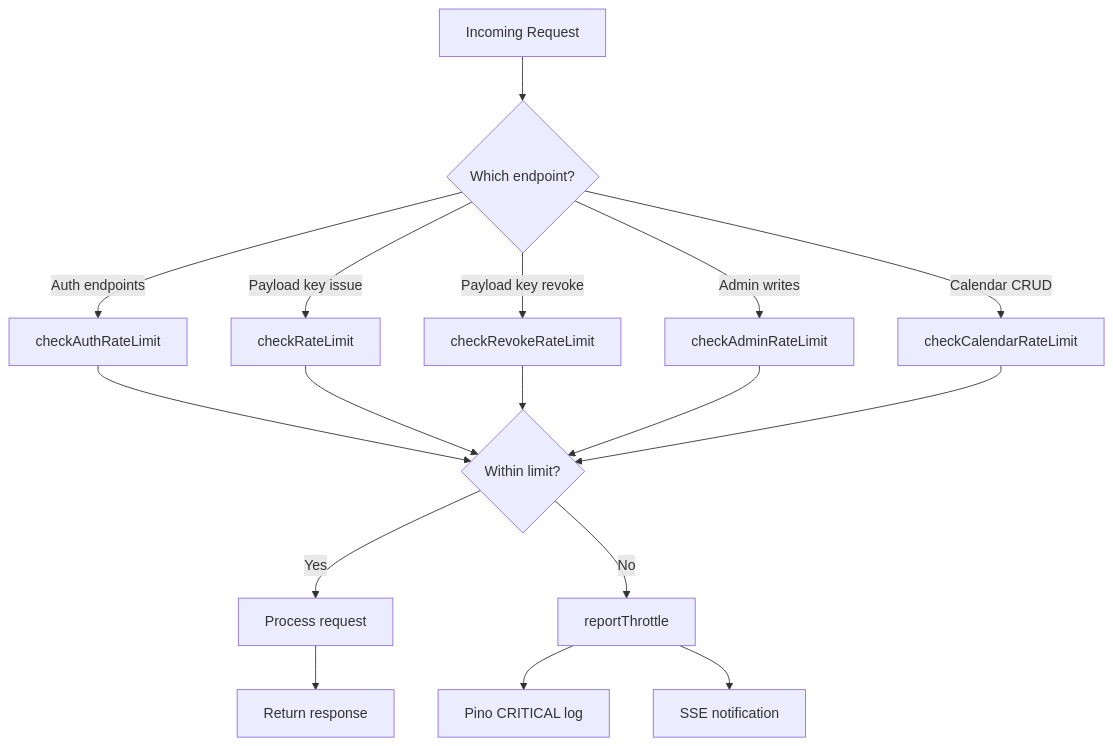
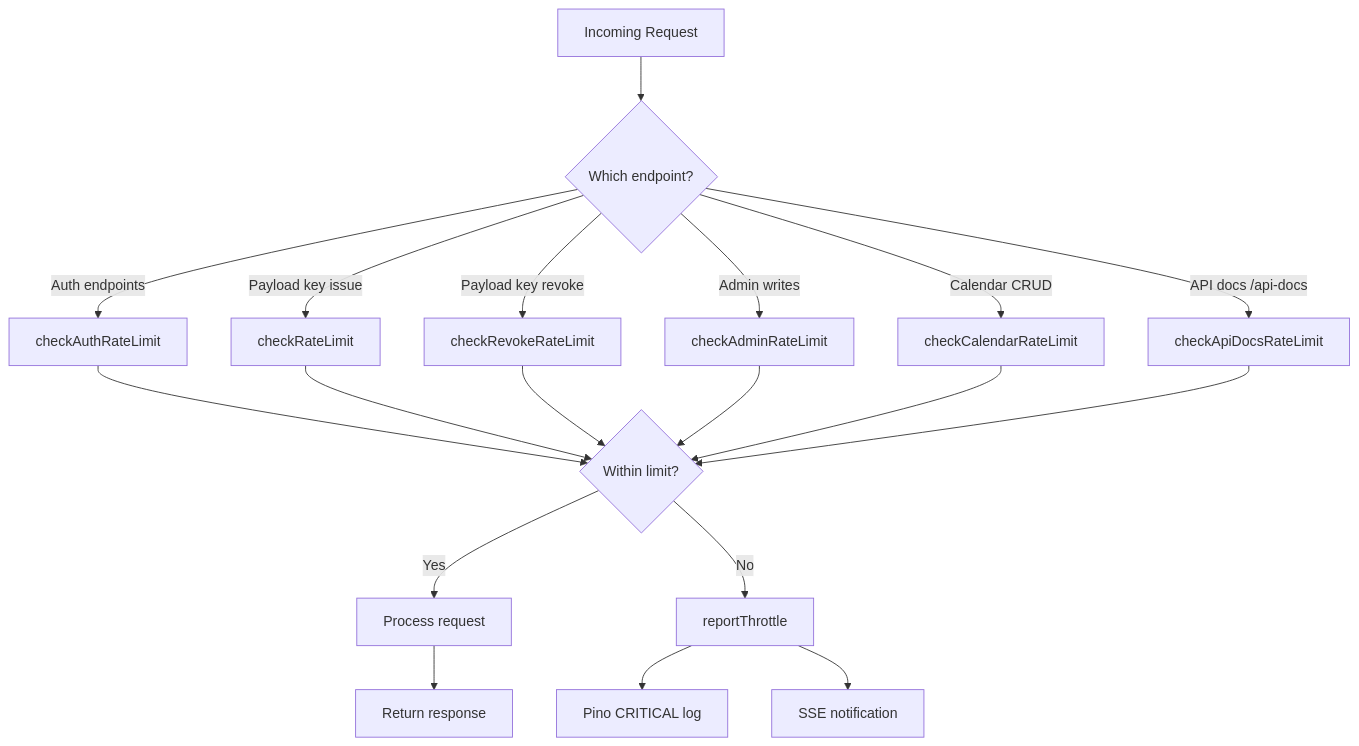
One commit to johnlynas/nipp changed the first of 6 diagrams in documents/feature-planning-and-development/rate-limiting-overview.md. Above: the diagram before and after it, drawn with Mermaid. The commit also changed other lines of this file and 12 other files, not shown here.

First line of the commit message:
Restrict /api-docs to super admins with per-session rate limiting (#42)

````diff
--- a/documents/feature-planning-and-development/rate-limiting-overview.md
+++ b/documents/feature-planning-and-development/rate-limiting-overview.md
@@ -56,24 +56,26 @@
 ```mermaid
 flowchart TD
     A[Incoming Request] --> B{Which endpoint?}
     
     B -->|Auth endpoints| C[checkAuthRateLimit]
     B -->|Payload key issue| D[checkRateLimit]
     B -->|Payload key revoke| E[checkRevokeRateLimit]
     B -->|Admin writes| F[checkAdminRateLimit]
     B -->|Calendar CRUD| G[checkCalendarRateLimit]
+    B -->|API docs /api-docs| O[checkApiDocsRateLimit]
     
     C --> H{Within limit?}
     D --> H
     E --> H
     F --> H
     G --> H
+    O --> H
     
     H -->|Yes| I[Process request]
     H -->|No| J[reportThrottle]
     
     J --> K[Pino CRITICAL log]
     J --> L[SSE notification]
     
     I --> M[Return response]
 ```
````
